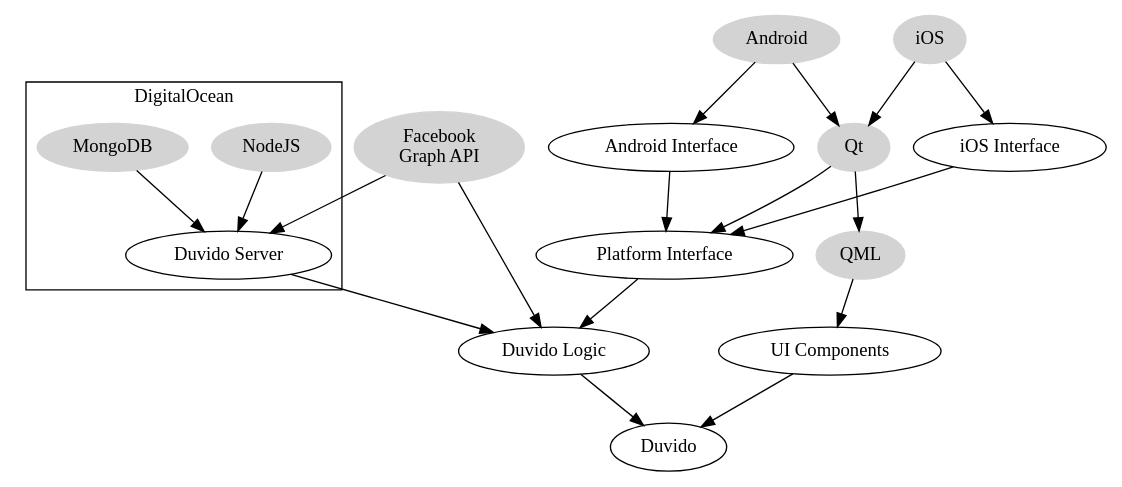
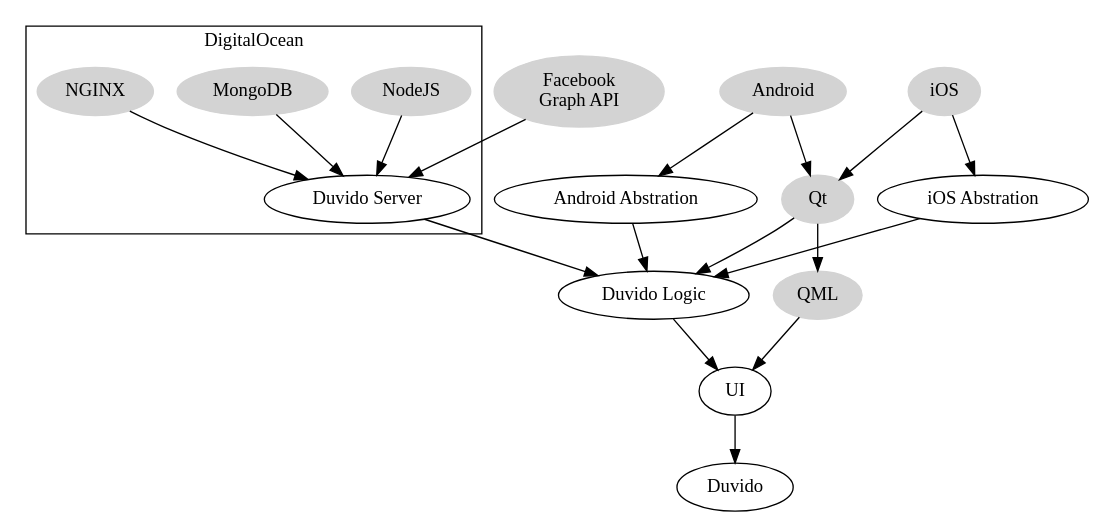
One commit to lbguilherme/duvidovc-app changed the diagram in design.dot. Above: the diagram before and after it, drawn with Graphviz. The commit also changed 1 other file, not shown here.

Commit message:
Update diagram

```diff
--- a/design.dot
+++ b/design.dot
@@ -1,37 +1,37 @@
 digraph Design {
 
     fb [label="Facebook\nGraph API", style="filled", color="lightgray"]
 
     subgraph cluster_do {
         label = "DigitalOcean"
         server [label="Duvido Server"]
         nodejs [label="NodeJS", style="filled", color="lightgray"]
         mongo [label="MongoDB", style="filled", color="lightgray"]
+        nginx [label="NGINX", style="filled", color="lightgray"]
     }
 
     android [label="Android", style="filled", color="lightgray"]
     ios [label="iOS", style="filled", color="lightgray"]
     qt [label="Qt", style="filled", color="lightgray"]
     qml [label="QML", style="filled", color="lightgray"]
-    ui [label="UI Components"]
+    ui [label="UI"]
     app [label="Duvido"]
 
     android -> qt
     ios -> qt -> qml -> ui -> app
 
-    java2cpp [label="Android Interface"]
-    objc2cpp [label="iOS Interface"]
+    java2cpp [label="Android Abstration"]
+    objc2cpp [label="iOS Abstration"]
     android -> java2cpp
     ios -> objc2cpp
 
     logic [label="Duvido Logic"]
-    wrapper [label="Platform Interface"]
-    java2cpp -> wrapper
-    objc2cpp -> wrapper -> logic -> app
-    qt -> wrapper
+    java2cpp -> logic
+    objc2cpp -> logic -> ui
+    qt -> logic
 
     mongo -> server
     fb -> server
+    nginx -> server
     nodejs -> server -> logic
-    fb -> logic
 }
```
